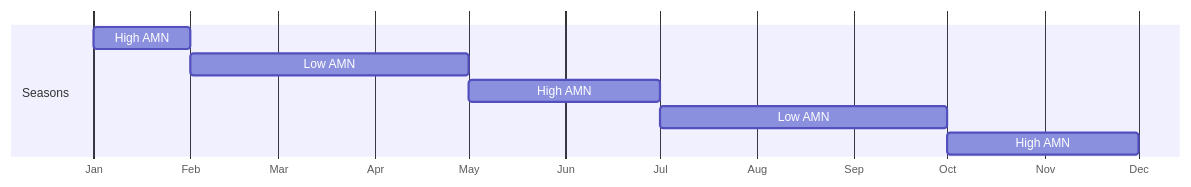
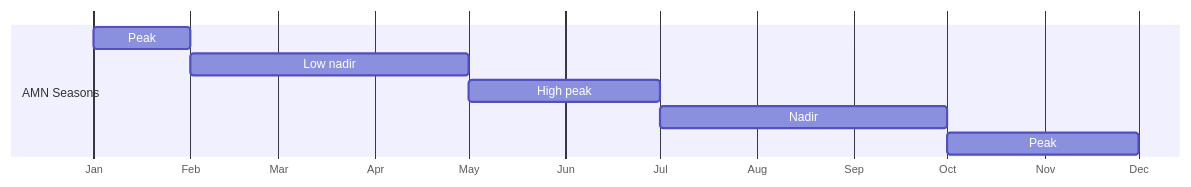
One commit to nutimes/som-sam-admit changed the third of 10 diagrams in report.qmd. Above: the diagram before and after it, drawn with Mermaid. The commit also changed other lines of this file, not shown here.

````diff
--- a/report.qmd
+++ b/report.qmd
@@ -595,14 +595,14 @@
 ```{mermaid}
 %%| label: fig-amn-seasonal-calendar-pastoral
 %%| fig-cap: AMN seasonal calendar for pastoral livelihood systems
 gantt
     dateFormat M
     axisFormat %b
     todayMarker off
-    section Seasons
-    High AMN :1, 2
-    Low AMN :2, 5
-    High AMN :5, 7
-    Low AMN :7, 10
-    High AMN :10, 12
+    section AMN Seasons
+    Peak :1, 2
+    Low nadir :2, 5
+    High peak :5, 7
+    Nadir :7, 10
+    Peak :10, 12
 ```
````
